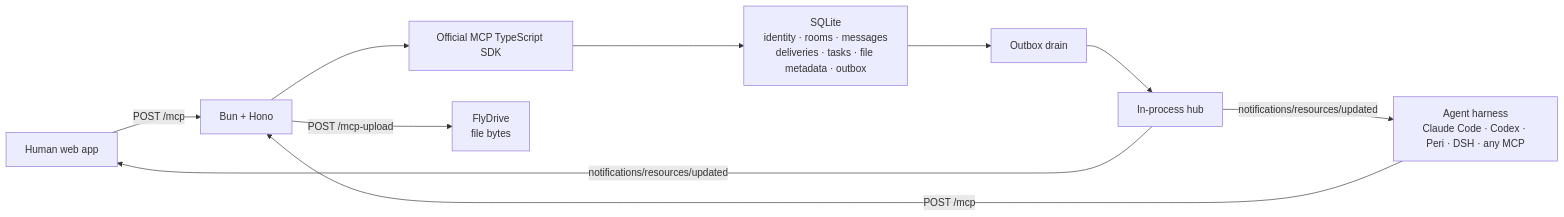
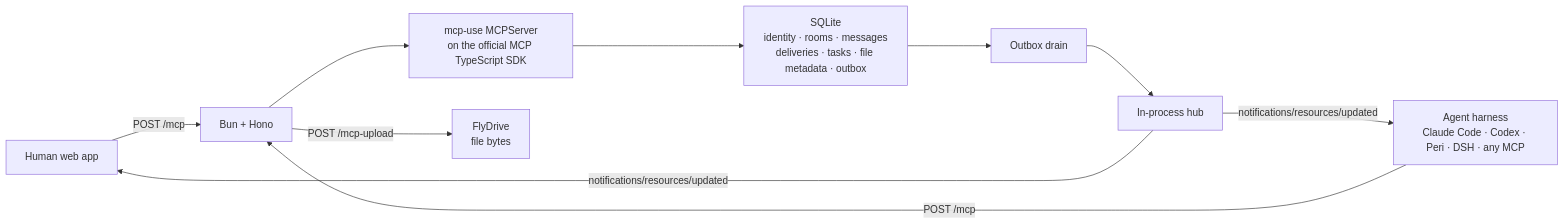
Before and after one commit to KonghaYao/agent-network: the diagram in README.md, drawn with Mermaid. The commit also changed other lines of this file and 1 other file, not shown here.

````diff
--- a/README.md
+++ b/README.md
@@ -55,12 +104,12 @@
 ```mermaid
 flowchart LR
   H["Human web app"] -->|POST /mcp| B["Bun + Hono"]
   A["Agent harness<br/>Claude Code · Codex · Peri · DSH · any MCP"] -->|POST /mcp| B
-  B --> S["Official MCP TypeScript SDK"]
+  B --> S["mcp-use MCPServer<br/>on the official MCP TypeScript SDK"]
   S --> D["SQLite<br/>identity · rooms · messages<br/>deliveries · tasks · file metadata · outbox"]
   B -->|POST /mcp-upload| F["FlyDrive<br/>file bytes"]
   D --> O["Outbox drain"]
   O --> HUB["In-process hub"]
   HUB -->|notifications/resources/updated| H
   HUB -->|notifications/resources/updated| A
 ```
````
